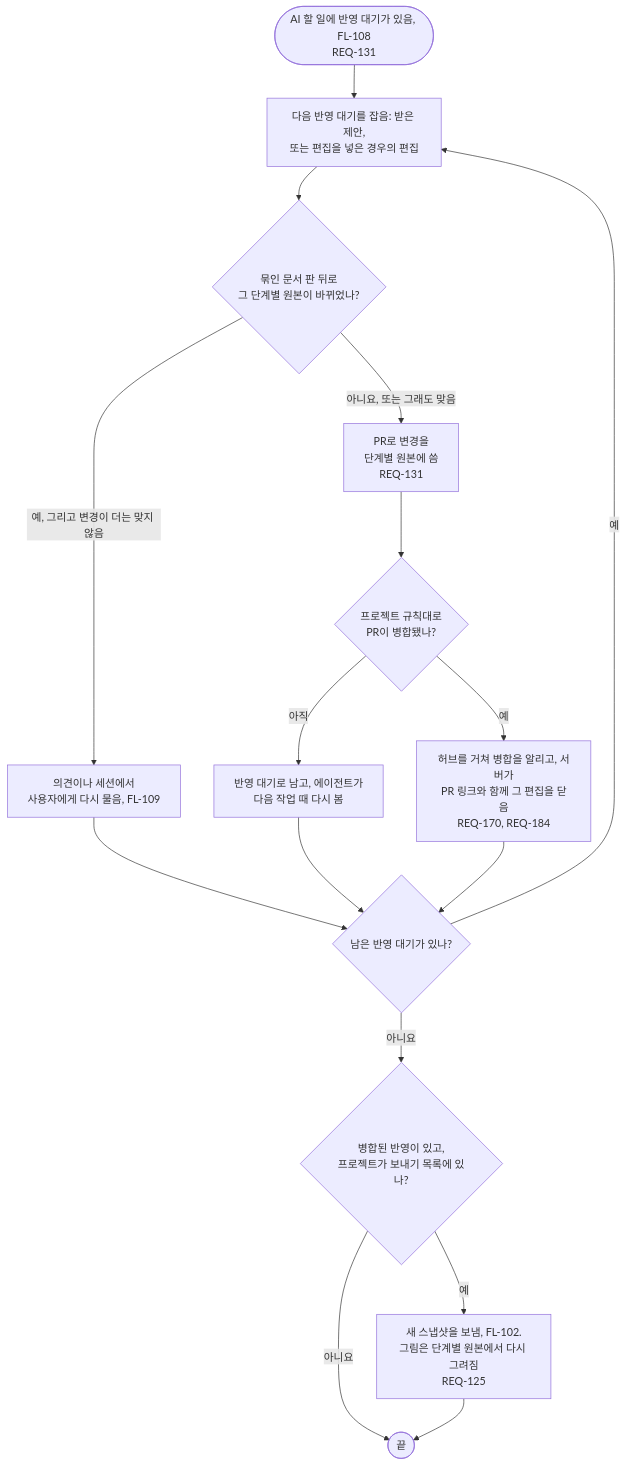
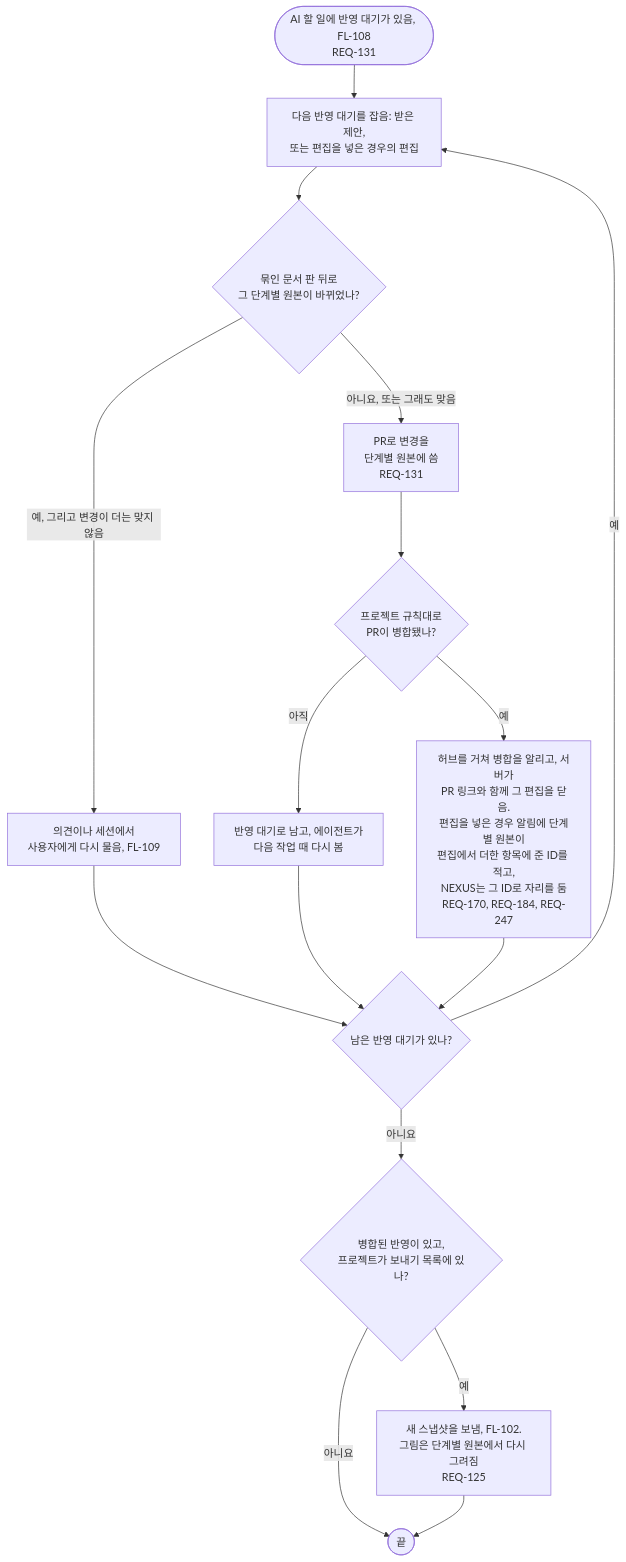
One commit to kodonghui/corthex-nexus changed the diagram in docs/03-user-flow/nexus/FL-111-reflect-by-pull-request.ko.md. Above: the diagram before and after it, drawn with Mermaid. The commit also changed other lines of this file and 24 other files, not shown here.

First line of the commit message:
docs(nexus): define phase ②'s requirements, flows and functional spec

````diff
--- a/docs/03-user-flow/nexus/FL-111-reflect-by-pull-request.ko.md
+++ b/docs/03-user-flow/nexus/FL-111-reflect-by-pull-request.ko.md
@@ -9,18 +9,18 @@
 ```mermaid
 flowchart TD
   A(["AI 할 일에 반영 대기가 있음, FL-108<br/>REQ-131"]) --> B["다음 반영 대기를 잡음: 받은 제안,<br/>또는 편집을 넣은 경우의 편집"]
   B --> C{"묶인 문서 판 뒤로<br/>그 단계별 원본이 바뀌었나?"}
   C -->|예, 그리고 변경이 더는 맞지 않음| C1["의견이나 세션에서<br/>사용자에게 다시 물음, FL-109"]
   C1 --> N
   C -->|아니요, 또는 그래도 맞음| D["PR로 변경을<br/>단계별 원본에 씀<br/>REQ-131"]
   D --> E{"프로젝트 규칙대로<br/>PR이 병합됐나?"}
   E -->|아직| E1["반영 대기로 남고, 에이전트가<br/>다음 작업 때 다시 봄"]
   E1 --> N
-  E -->|예| F["허브를 거쳐 병합을 알리고, 서버가<br/>PR 링크와 함께 그 편집을 닫음<br/>REQ-170, REQ-184"]
+  E -->|예| F["허브를 거쳐 병합을 알리고, 서버가<br/>PR 링크와 함께 그 편집을 닫음.<br/>편집을 넣은 경우 알림에 단계별 원본이<br/>편집에서 더한 항목에 준 ID를 적고,<br/>NEXUS는 그 ID로 자리를 둠<br/>REQ-170, REQ-184, REQ-247"]
   F --> N{"남은 반영 대기가 있나?"}
   N -->|예| B
   N -->|아니요| P{"병합된 반영이 있고,<br/>프로젝트가 보내기 목록에 있나?"}
   P -->|예| P1["새 스냅샷을 보냄, FL-102.<br/>그림은 단계별 원본에서 다시 그려짐<br/>REQ-125"]
   P -->|아니요| Z(["끝"])
   P1 --> Z
 ```
````
